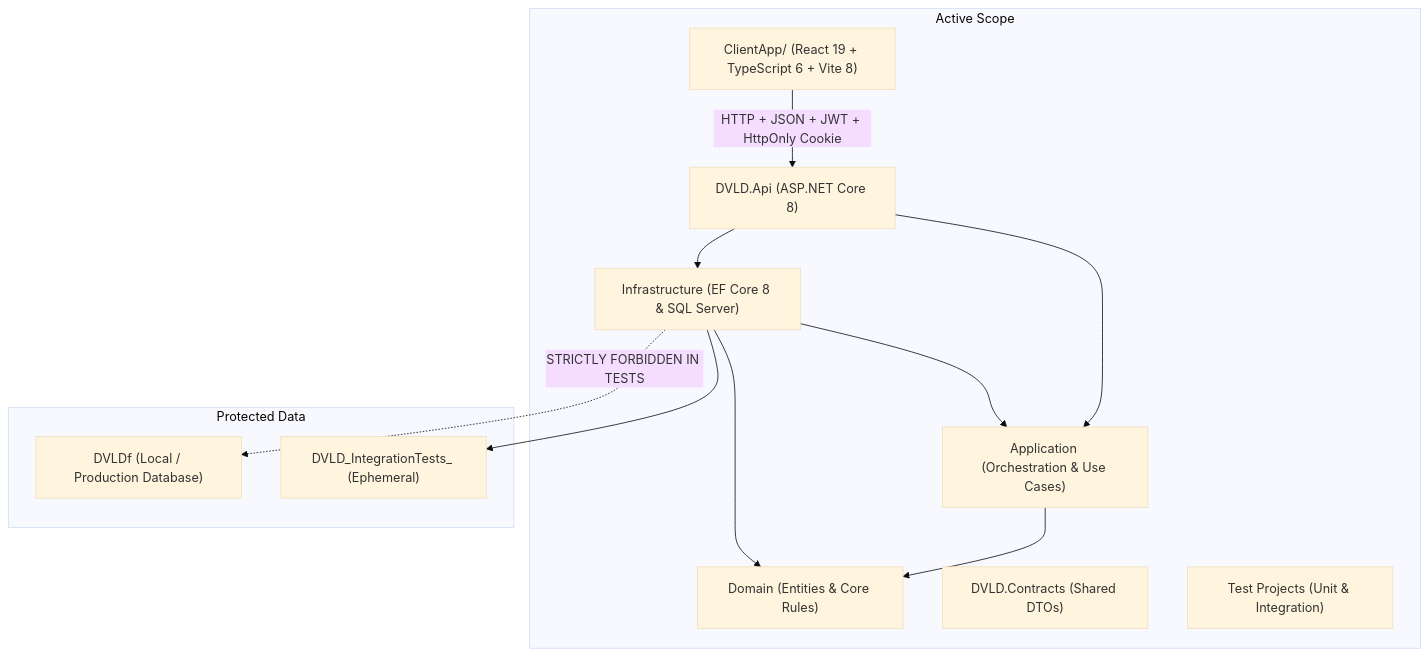
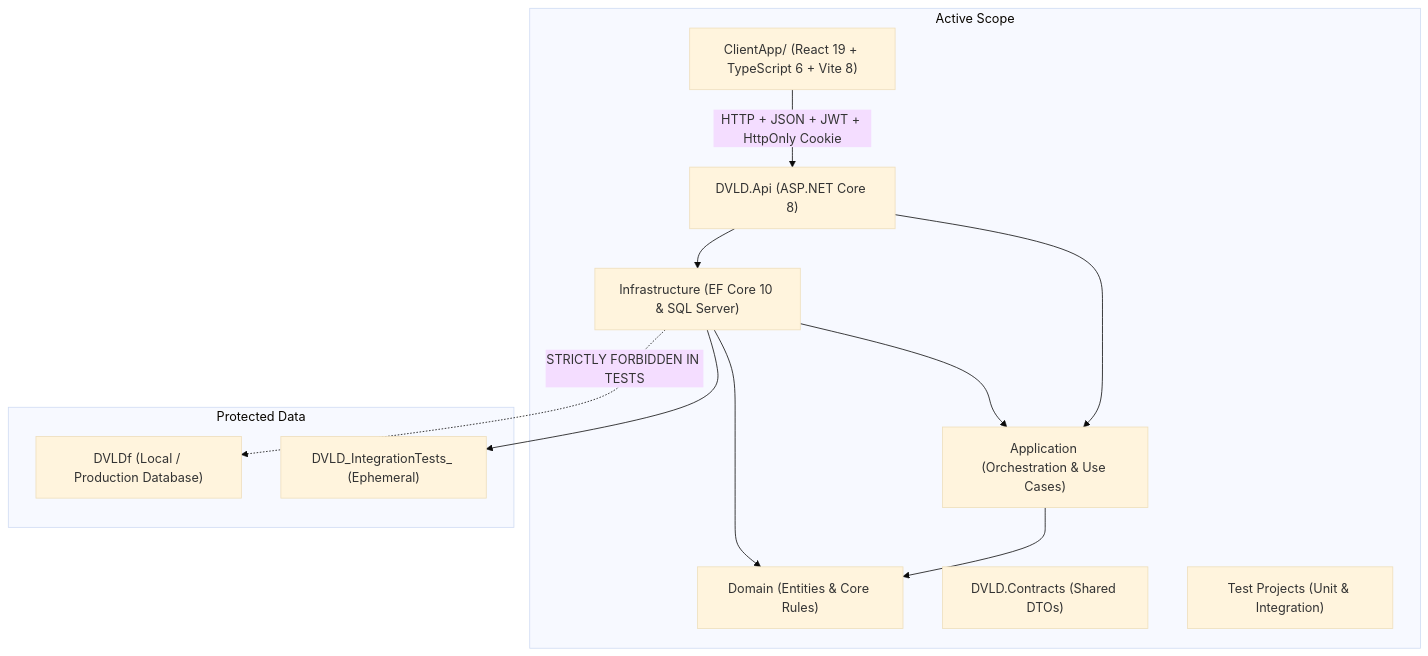
The first of 2 diagrams in AGENTS.md (ayhm325/DVLD-System), drawn with Mermaid (base theme) before and after one commit. The commit also changed other lines of this file and 30 other files, not shown here.

````diff
--- a/AGENTS.md
+++ b/AGENTS.md
@@ -48,26 +48,26 @@
 ```mermaid
 graph TD
     subgraph Active Scope
         API["DVLD.Api (ASP.NET Core 8)"]
         APP["Application (Orchestration & Use Cases)"]
-        INFRA["Infrastructure (EF Core 8 & SQL Server)"]
+        INFRA["Infrastructure (EF Core 10 & SQL Server)"]
         DOMAIN["Domain (Entities & Core Rules)"]
         CONTRACTS["DVLD.Contracts (Shared DTOs)"]
         TESTS["Test Projects (Unit & Integration)"]
         CLIENT["ClientApp/ (React 19 + TypeScript 6 + Vite 8)"]
     end
 
     subgraph Protected Data
         DB_PROD["DVLDf (Local / Production Database)"]
         DB_TEST["DVLD_IntegrationTests_<GUID> (Ephemeral)"]
     end
 
     CLIENT -->|HTTP + JSON + JWT + HttpOnly Cookie| API
     API --> APP
     API --> INFRA
     INFRA --> APP
     INFRA --> DOMAIN
     APP --> DOMAIN
     INFRA --> DB_TEST
     INFRA -.->|STRICTLY FORBIDDEN IN TESTS| DB_PROD
 ```
````
